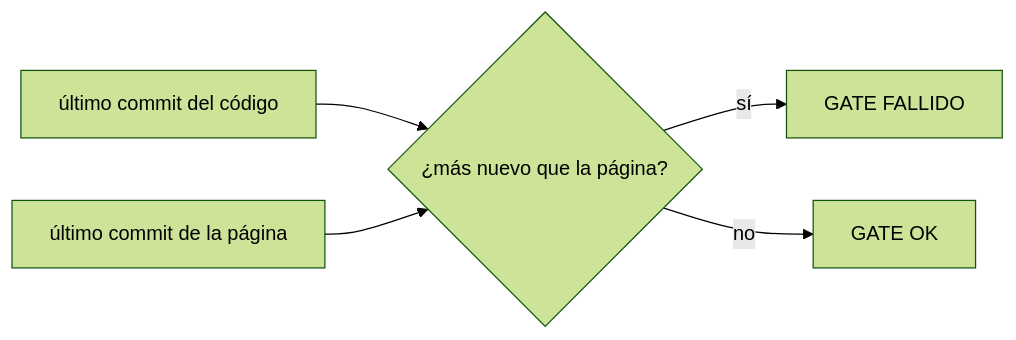
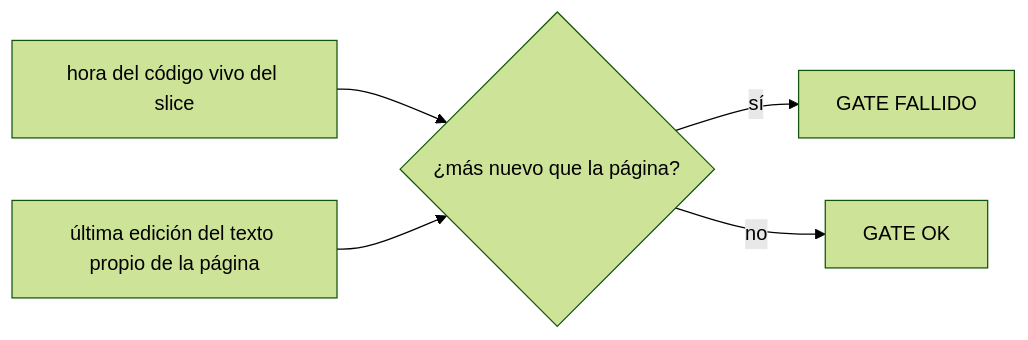
The first of 2 diagrams in docs/E001/F017/S006.md (jliberal-aquas/aquas-central-harness-government), drawn with Mermaid (forest theme) before and after one commit. The commit also changed other lines of this file and 14 other files, not shown here.

First line of the commit message:
E001/F017/S006: la página del slice en curso va al día con su código

````diff
--- a/docs/E001/F017/S006.md
+++ b/docs/E001/F017/S006.md
@@ -54,7 +57,7 @@
 ```mermaid
 flowchart LR
-    C["último commit del código"] --> Q{"¿más nuevo que la página?"}
-    P["último commit de la página"] --> Q
+    C["hora del código vivo del slice"] --> Q{"¿más nuevo que la página?"}
+    P["última edición del texto propio de la página"] --> Q
     Q -- sí --> F["GATE FALLIDO"]
     Q -- no --> OK["GATE OK"]
 ```
````
